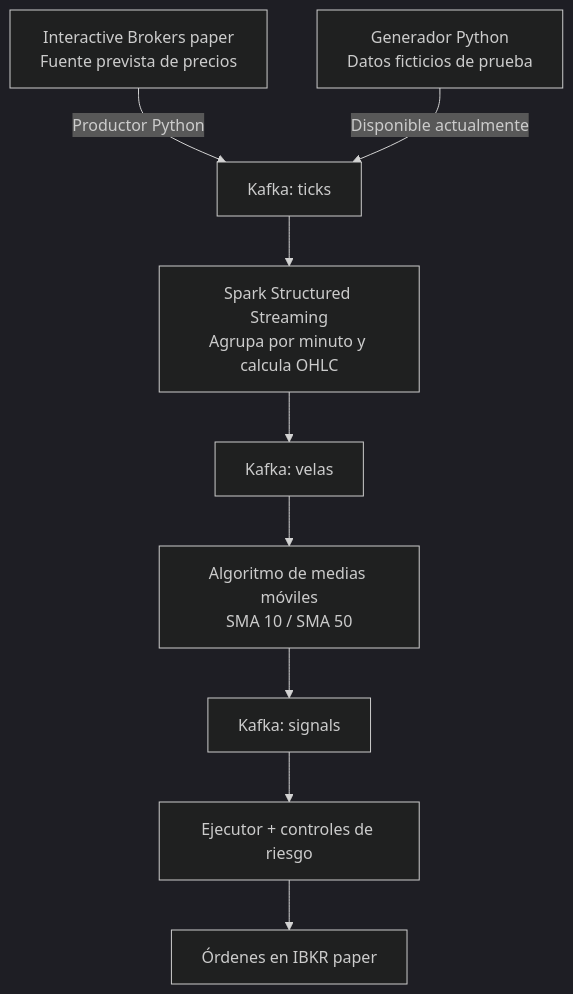
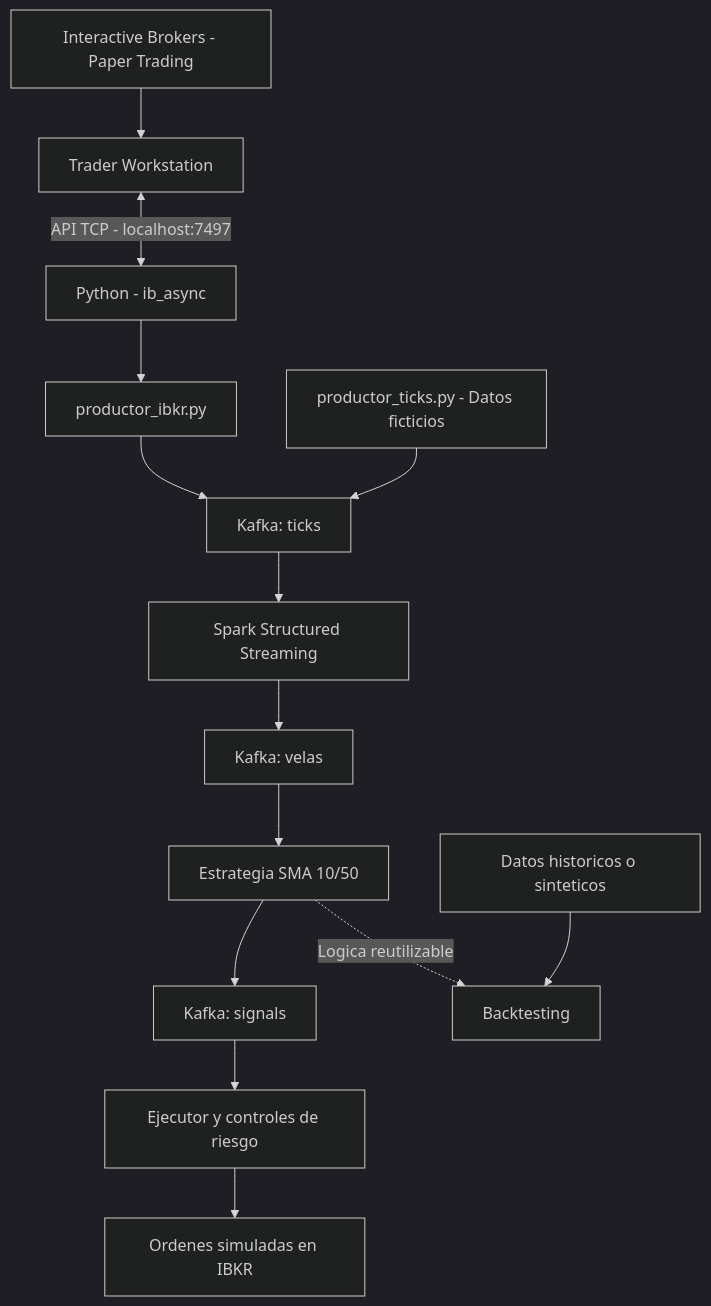
Before and after one commit to laurasanchezmtz/Proyecto_Trading_Algoritmico: the diagram in README.md, drawn with Mermaid (dark theme). The commit also changed other lines of this file and 4 other files, not shown here.

Commit message:
Integracion API IBKR, productor de cotizaciones y actualizacion de documentacion

````diff
--- a/README.md
+++ b/README.md
@@ -29,11 +35,16 @@
 ```mermaid
 flowchart TD
-    A[Interactive Brokers paper<br/>Fuente prevista de precios] -->|Productor Python| B[Kafka: ticks]
-    T[Generador Python<br/>Datos ficticios de prueba] -->|Disponible actualmente| B
-    B --> C[Spark Structured Streaming<br/>Agrupa por minuto y calcula OHLC]
-    C --> D[Kafka: velas]
-    D --> E[Algoritmo de medias móviles<br/>SMA 10 / SMA 50]
-    E --> F[Kafka: signals]
-    F --> G[Ejecutor + controles de riesgo]
-    G --> H[Órdenes en IBKR paper]
+    A["Interactive Brokers - Paper Trading"] --> B["Trader Workstation"]
+    B <-->|"API TCP - localhost:7497"| C["Python - ib_async"]
+    C --> D["productor_ibkr.py"]
+    T["productor_ticks.py - Datos ficticios"] --> E["Kafka: ticks"]
+    D --> E
+    E --> F["Spark Structured Streaming"]
+    F --> G["Kafka: velas"]
+    G --> H["Estrategia SMA 10/50"]
+    H --> I["Kafka: signals"]
+    I --> J["Ejecutor y controles de riesgo"]
+    J --> K["Ordenes simuladas en IBKR"]
+    L["Datos historicos o sinteticos"] --> M["Backtesting"]
+    H -.->|"Logica reutilizable"| M
 ```
````
